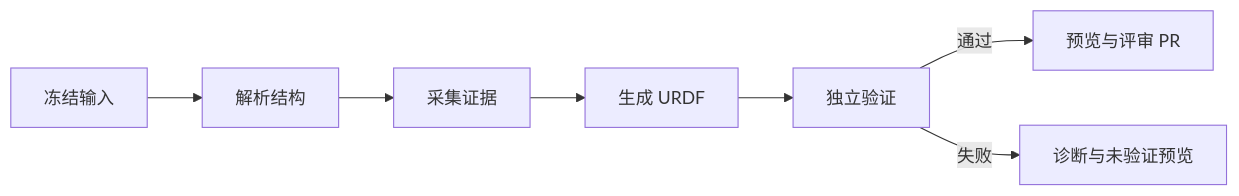
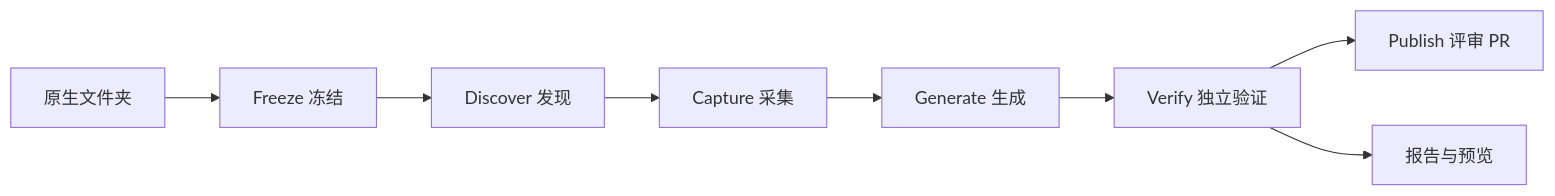
The diagram in docs/design.md (mimicverse/description-pipeline), drawn with Mermaid before and after one commit. The commit also changed other lines of this file and 2 other files, not shown here.

Commit message:
docs: align final architecture with canonical execution and recovery

````diff
--- a/docs/design.md
+++ b/docs/design.md
@@ -13,7 +11,10 @@
 ```mermaid
 flowchart LR
-  F[冻结输入] --> D[解析结构] --> C[采集证据]
-  C --> G[生成 URDF] --> V[独立验证]
-  V -->|通过| P[预览与评审 PR]
-  V -->|失败| E[诊断与未验证预览]
+  U[原生文件夹] --> F[Freeze 冻结]
+  F --> D[Discover 发现]
+  D --> C[Capture 采集]
+  C --> G[Generate 生成]
+  G --> V[Verify 独立验证]
+  V --> P[Publish 评审 PR]
+  V --> R[报告与预览]
 ```
````
